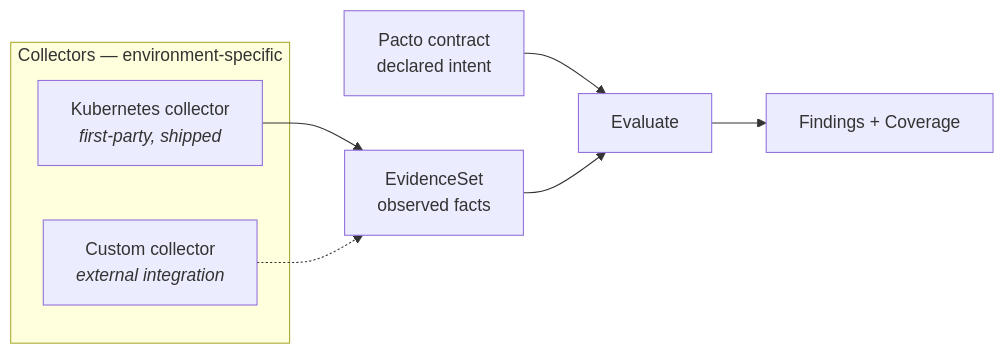
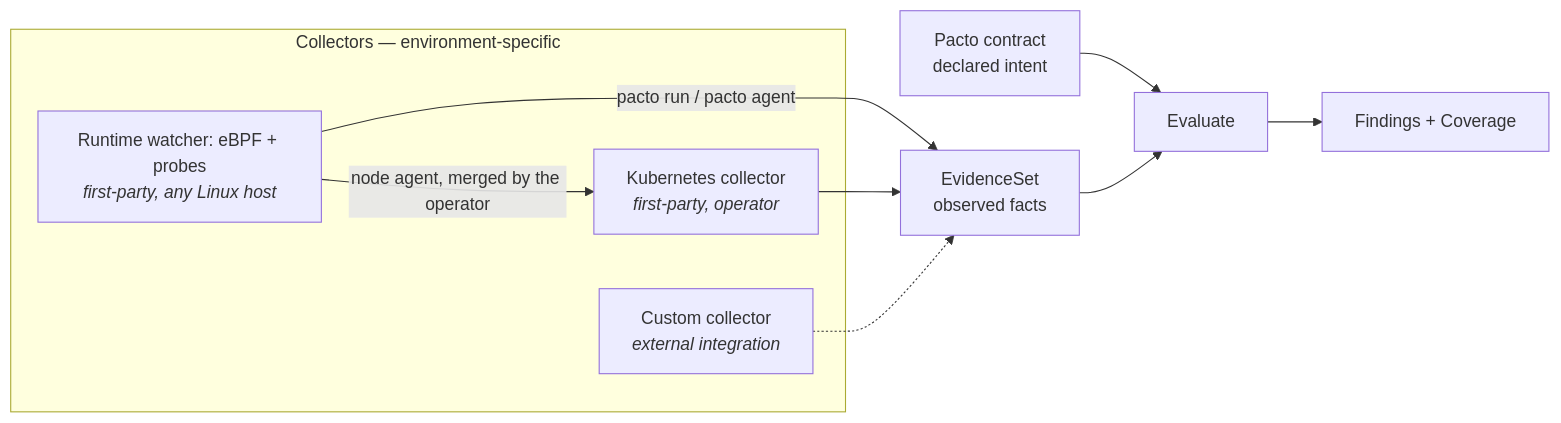
Before and after one commit to TrianaLab/pacto: the second of 2 diagrams in docs/model.md, drawn with Mermaid. The commit also changed other lines of this file and 896 other files, not shown here.

First line of the commit message:
feat!: runtime contract conformance with eBPF on any platform (core v4, operator v6) (#409)

````diff
--- a/docs/model.md
+++ b/docs/model.md
@@ -83,13 +108,16 @@
 ```mermaid
 flowchart LR
     C["Pacto contract<br/>declared intent"]
     subgraph Collectors["Collectors — environment-specific"]
-        K["Kubernetes collector<br/><i>first-party, shipped</i>"]
+        W["Runtime watcher: eBPF + probes<br/><i>first-party, any Linux host</i>"]
+        K["Kubernetes collector<br/><i>first-party, operator</i>"]
         X["Custom collector<br/><i>external integration</i>"]
     end
-    K --> E["EvidenceSet<br/>observed facts"]
+    W -- "pacto run / pacto agent" --> E["EvidenceSet<br/>observed facts"]
+    W -- "node agent, merged by the operator" --> K
+    K --> E
     X -.-> E
     C --> V["Evaluate"]
     E --> V
     V --> F["Findings + Coverage"]
 ```
````
